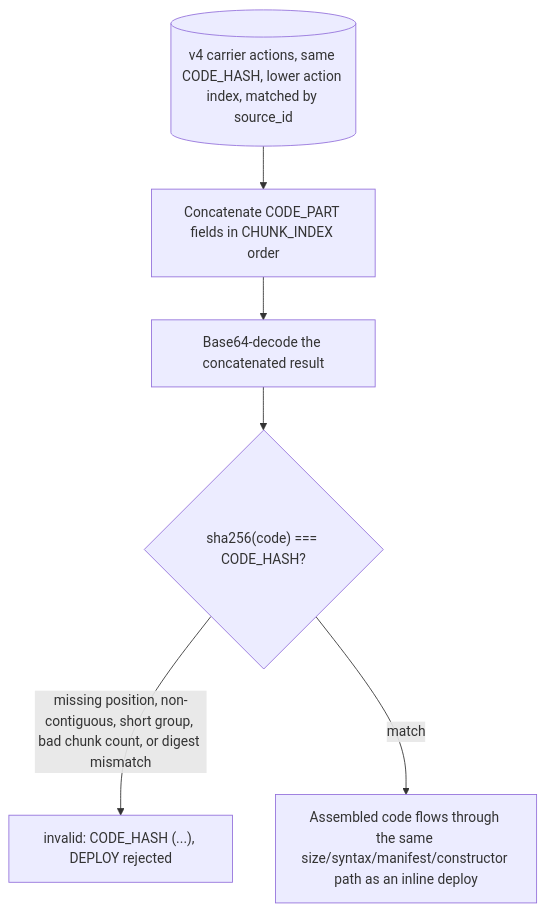
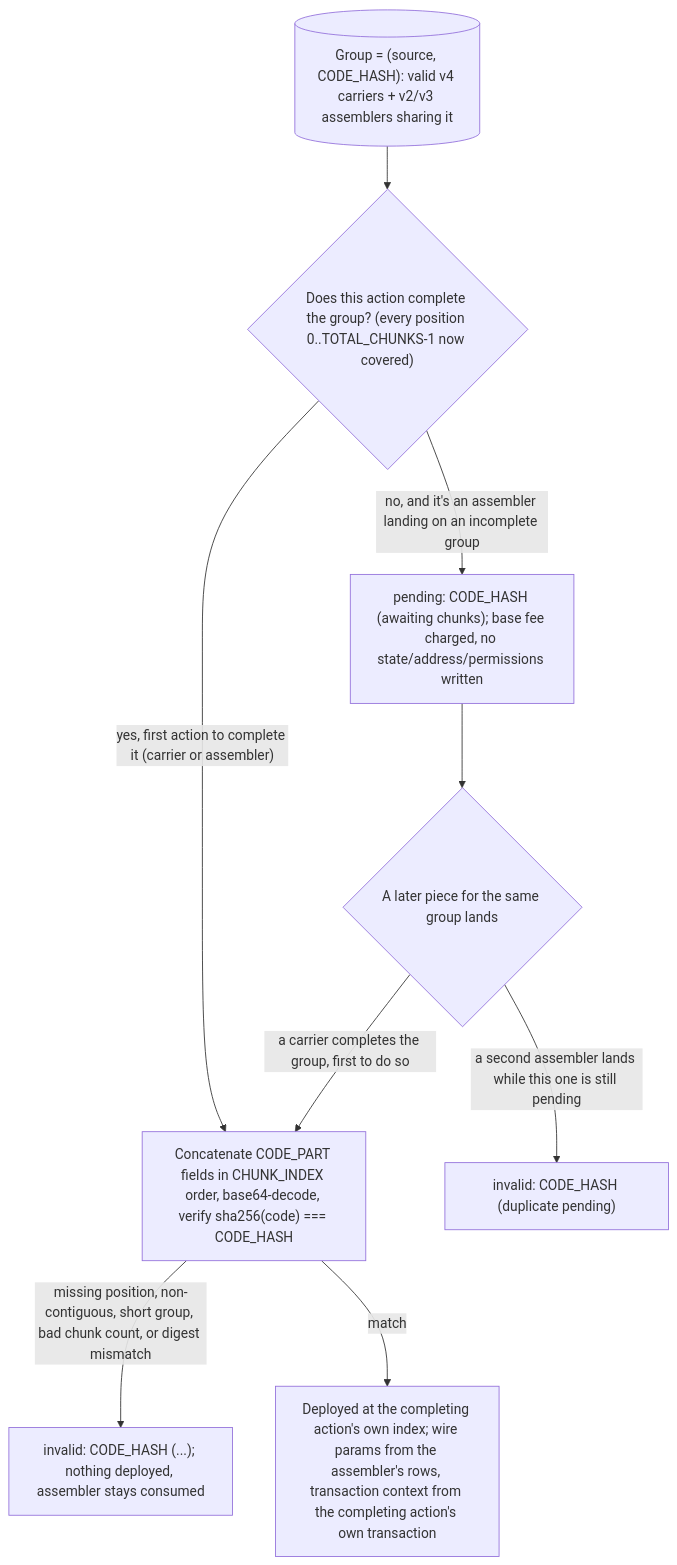
Before and after one commit to XChain-Platform/xchain-documentation: the second of 2 diagrams in protocol/actions/deploy.md, drawn with Mermaid. The commit also changed other lines of this file and 7 other files, not shown here.

````diff
--- a/protocol/actions/deploy.md
+++ b/protocol/actions/deploy.md
@@ -147,8 +155,11 @@
 ```mermaid
 flowchart TD
-    Carriers[("v4 carrier actions, same CODE_HASH, lower action index, matched by source_id")] --> Concat["Concatenate CODE_PART fields in CHUNK_INDEX order"]
-    Concat --> Decode["Base64-decode the concatenated result"]
-    Decode --> Verify{"sha256(code) === CODE_HASH?"}
-    Verify -->|"missing position, non-contiguous, short group, bad chunk count, or digest mismatch"| Reject["invalid: CODE_HASH (...), DEPLOY rejected"]
-    Verify -->|"match"| Inline["Assembled code flows through the same size/syntax/manifest/constructor path as an inline deploy"]
+    Group[("Group = (source, CODE_HASH): valid v4 carriers + v2/v3 assemblers sharing it")] --> Complete{"Does this action complete the group? (every position 0..TOTAL_CHUNKS-1 now covered)"}
+    Complete -->|"no, and it's an assembler landing on an incomplete group"| Pending["pending: CODE_HASH (awaiting chunks); base fee charged, no state/address/permissions written"]
+    Pending --> LaterPiece{"A later piece for the same group lands"}
+    LaterPiece -->|"a carrier completes the group, first to do so"| Deploy
+    LaterPiece -->|"a second assembler lands while this one is still pending"| Dup["invalid: CODE_HASH (duplicate pending)"]
+    Complete -->|"yes, first action to complete it (carrier or assembler)"| Deploy["Concatenate CODE_PART fields in CHUNK_INDEX order, base64-decode, verify sha256(code) === CODE_HASH"]
+    Deploy -->|"missing position, non-contiguous, short group, bad chunk count, or digest mismatch"| Reject["invalid: CODE_HASH (...); nothing deployed, assembler stays consumed"]
+    Deploy -->|"match"| Written["Deployed at the completing action's own index; wire params from the assembler's rows, transaction context from the completing action's own transaction"]
 ```
````
